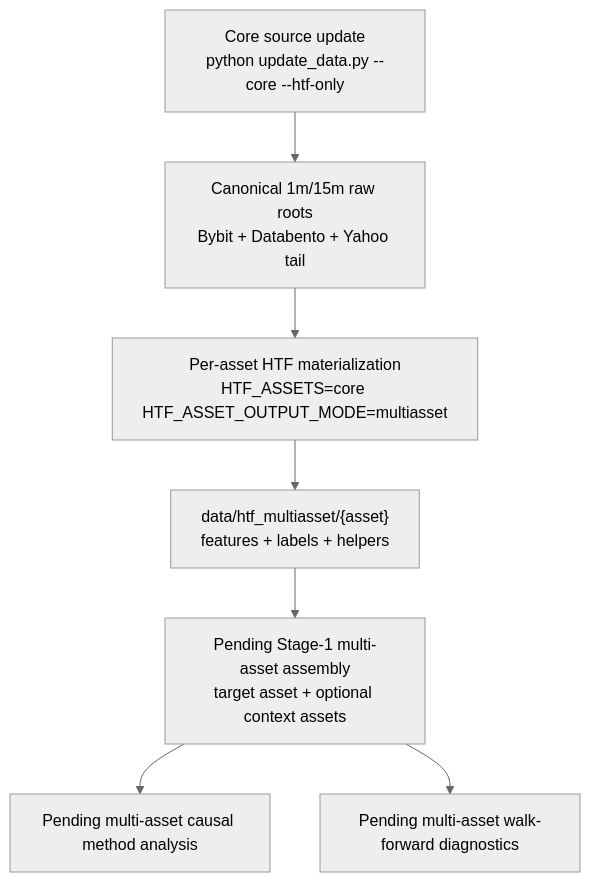
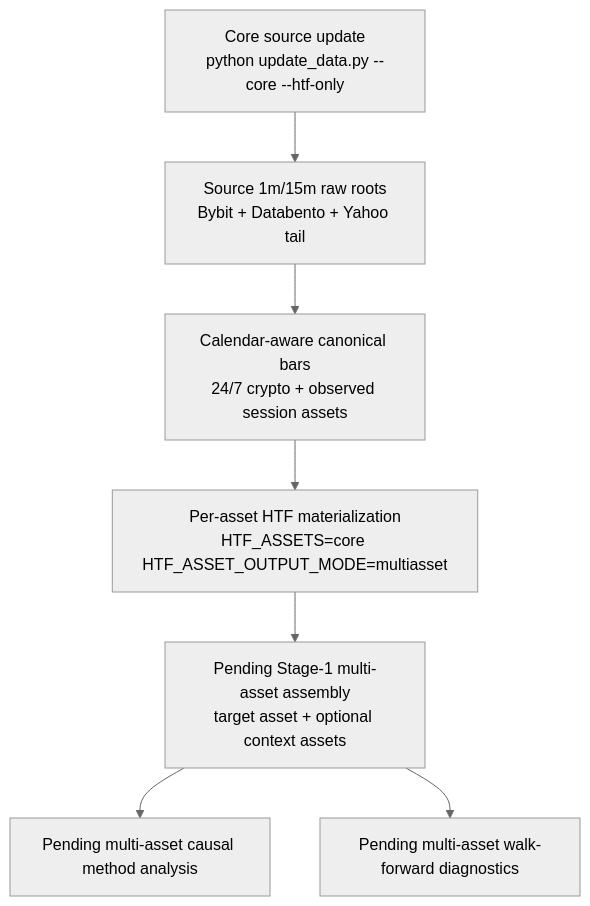
The diagram in README.md (Pr3ez/RiskYieldMM), drawn with Mermaid (neutral theme) before and after one commit. The commit also changed other lines of this file and 41 other files, not shown here.

Commit message:
Implement session-aware multi-asset HTF

````diff
--- a/README.md
+++ b/README.md
@@ -355,9 +373,9 @@
 ```mermaid
 flowchart TD
-    A["Core source update<br/>python update_data.py --core --htf-only"] --> B["Canonical 1m/15m raw roots<br/>Bybit + Databento + Yahoo tail"]
-    B --> C["Per-asset HTF materialization<br/>HTF_ASSETS=core HTF_ASSET_OUTPUT_MODE=multiasset"]
-    C --> D["data/htf_multiasset/{asset}<br/>features + labels + helpers"]
+    A["Core source update<br/>python update_data.py --core --htf-only"] --> B["Source 1m/15m raw roots<br/>Bybit + Databento + Yahoo tail"]
+    B --> C["Calendar-aware canonical bars<br/>24/7 crypto + observed session assets"]
+    C --> D["Per-asset HTF materialization<br/>HTF_ASSETS=core HTF_ASSET_OUTPUT_MODE=multiasset"]
     D --> E["Pending Stage-1 multi-asset assembly<br/>target asset + optional context assets"]
     E --> F["Pending multi-asset causal method analysis"]
     E --> G["Pending multi-asset walk-forward diagnostics"]
 ```
````
